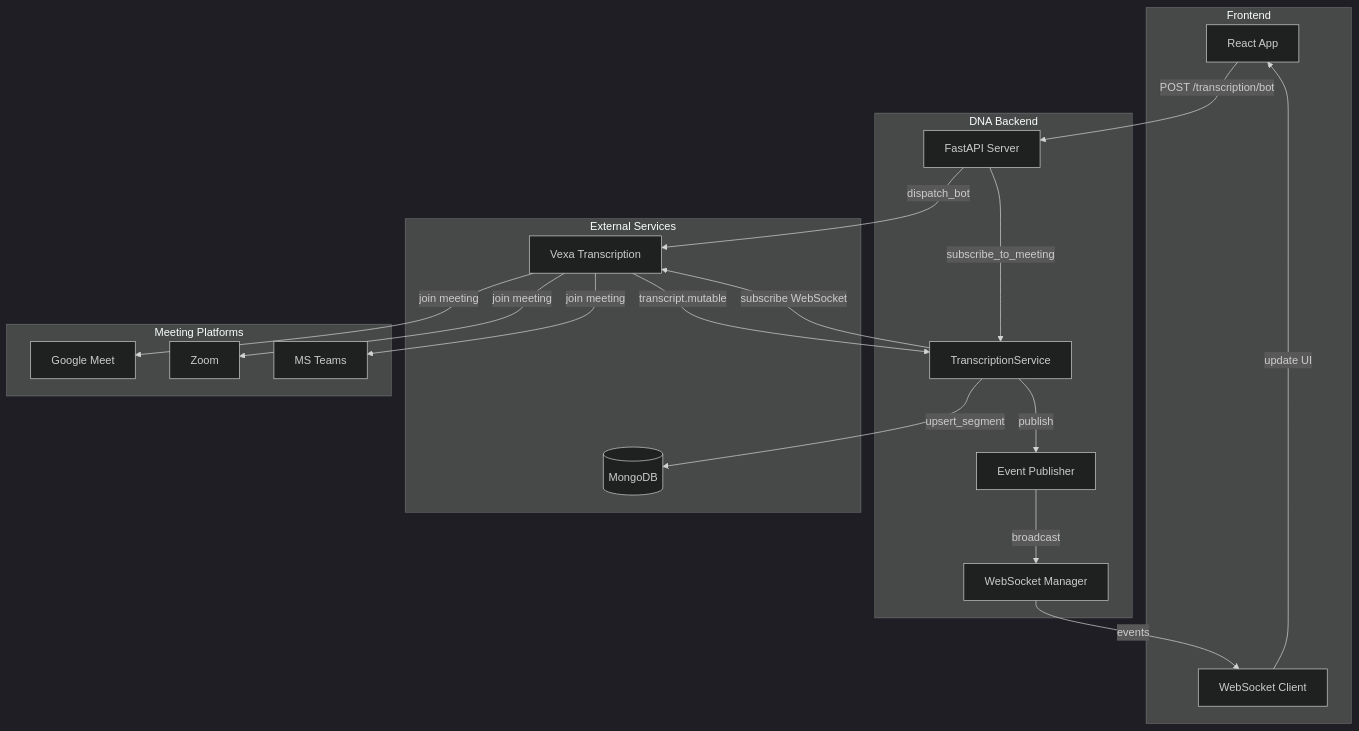
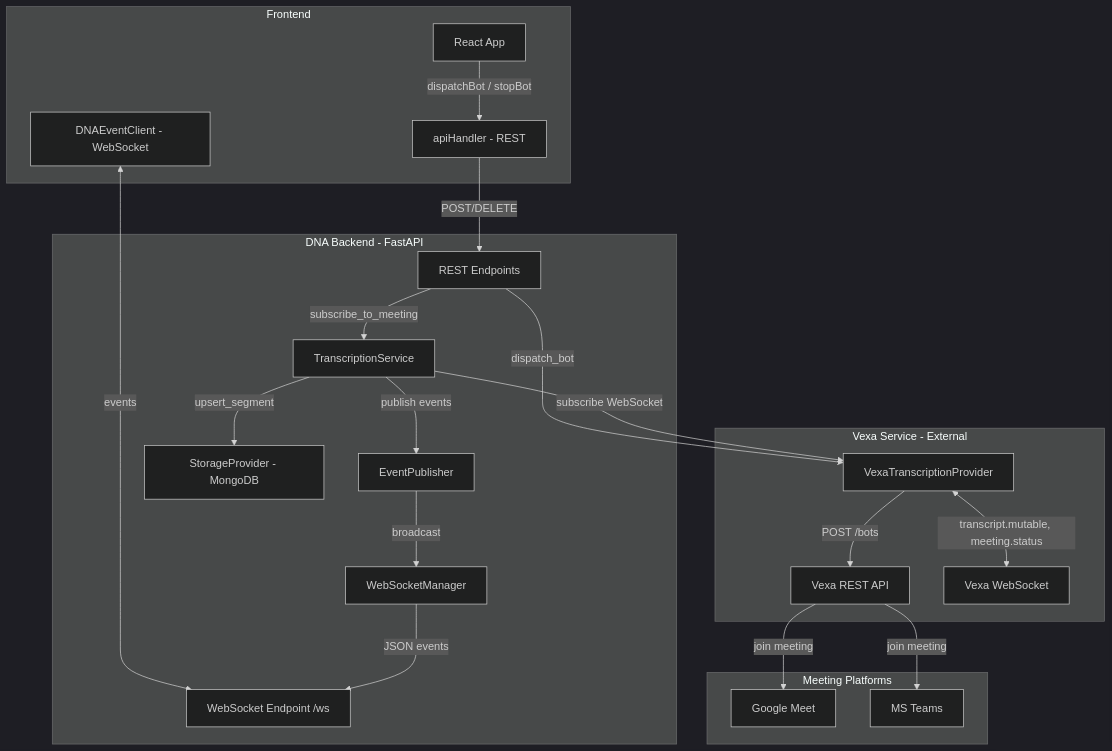
Before and after one commit to jspada200/dna: the first of 6 diagrams in backend/docs/TRANSCRIPTION_PIPELINE.md, drawn with Mermaid (dark theme). The commit also changed other lines of this file, not shown here.

````diff
--- a/backend/docs/TRANSCRIPTION_PIPELINE.md
+++ b/backend/docs/TRANSCRIPTION_PIPELINE.md
@@ -49,43 +55,46 @@
 ```mermaid
 graph TB
     subgraph Frontend
         UI[React App]
-        WS[WebSocket Client]
+        EC[DNAEventClient - WebSocket]
+        AH[apiHandler - REST]
     end
 
-    subgraph DNA_Backend[DNA Backend]
-        API[FastAPI Server]
+    subgraph DNA_Backend[DNA Backend - FastAPI]
+        API[REST Endpoints]
+        WSE[WebSocket Endpoint /ws]
         TS[TranscriptionService]
-        EP[Event Publisher]
-        WSM[WebSocket Manager]
+        EP[EventPublisher]
+        WSM[WebSocketManager]
+        SP[StorageProvider - MongoDB]
     end
 
-    subgraph External_Services[External Services]
-        Vexa[Vexa Transcription]
-        MongoDB[(MongoDB)]
+    subgraph Vexa_Service[Vexa Service - External]
+        VAPI[Vexa REST API]
+        VWS[Vexa WebSocket]
+        VTP[VexaTranscriptionProvider]
     end
 
     subgraph Meeting_Platforms[Meeting Platforms]
         GM[Google Meet]
-        Zoom[Zoom]
         Teams[MS Teams]
     end
 
-    UI -->|POST /transcription/bot| API
-    API -->|dispatch_bot| Vexa
+    UI -->|dispatchBot / stopBot| AH
+    AH -->|POST/DELETE| API
+    EC <-->|events| WSE
+
+    API -->|dispatch_bot| VTP
+    VTP -->|POST /bots| VAPI
     API -->|subscribe_to_meeting| TS
-    
-    TS -->|subscribe WebSocket| Vexa
-    
-    Vexa -->|join meeting| GM
-    Vexa -->|join meeting| Zoom
-    Vexa -->|join meeting| Teams
-    
-    Vexa -->|transcript.mutable| TS
-    TS -->|upsert_segment| MongoDB
-    TS -->|publish| EP
+    TS -->|subscribe WebSocket| VTP
+    VTP <-->|transcript.mutable, meeting.status| VWS
+
+    VAPI -->|join meeting| GM
+    VAPI -->|join meeting| Teams
+
+    TS -->|upsert_segment| SP
+    TS -->|publish events| EP
     EP -->|broadcast| WSM
-    
-    WSM -->|events| WS
-    WS -->|update UI| UI
+    WSM -->|JSON events| WSE
 ```
````
